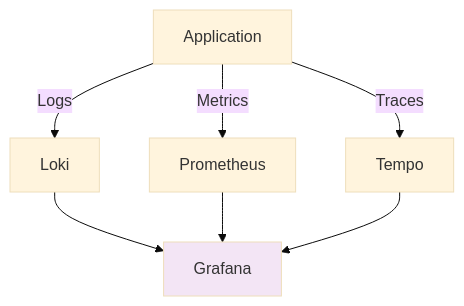
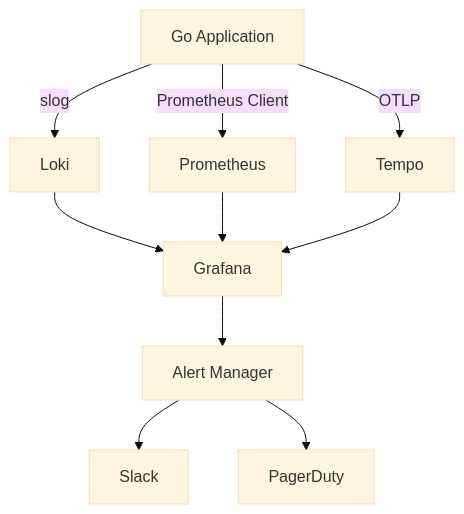
The sixth of 7 diagrams in src/content/backend/go/enterprise-go-8-observability.md (KimSeogyu/KimSeogyu.github.io), drawn with Mermaid (base theme) before and after one commit. The commit also changed other lines of this file and 7 other files, not shown here.

````diff
--- a/src/content/backend/go/enterprise-go-8-observability.md
+++ b/src/content/backend/go/enterprise-go-8-observability.md
@@ -269,12 +182,16 @@
 ```mermaid
 graph TB
-    APP[Application] -->|Logs| LOKI[Loki]
-    APP -->|Metrics| PROM[Prometheus]
-    APP -->|Traces| TEMPO[Tempo]
+    APP[Go Application]
+    
+    APP -->|slog| LOKI[Loki]
+    APP -->|Prometheus Client| PROM[Prometheus]
+    APP -->|OTLP| TEMPO[Tempo]
     
     LOKI --> GRAFANA[Grafana]
     PROM --> GRAFANA
     TEMPO --> GRAFANA
     
-    style GRAFANA fill:#f3e5f5
+    GRAFANA --> ALERT[Alert Manager]
+    ALERT --> SLACK[Slack]
+    ALERT --> PAGER[PagerDuty]
 ```
````
